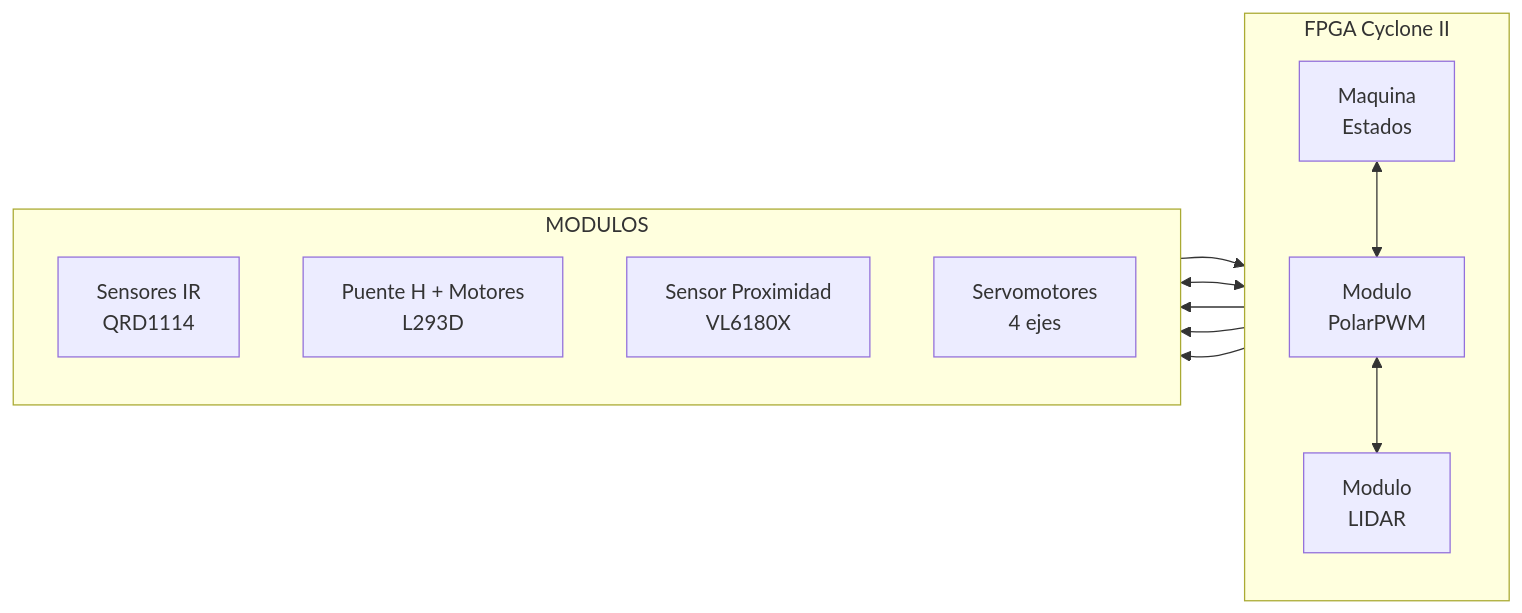
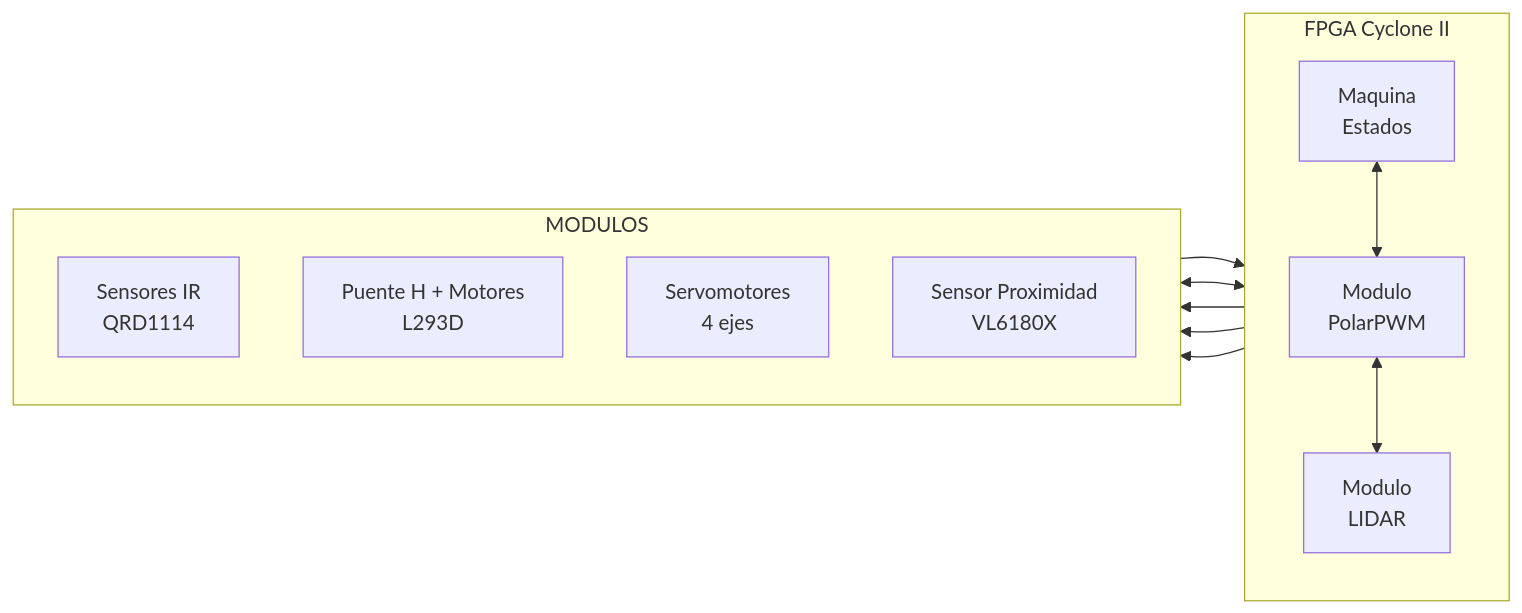
Before and after one commit to Actronix09/SeguidorLinea_Brazo: the first of 2 diagrams in README.md, drawn with Mermaid. The commit also changed other lines of this file, not shown here.

````diff
--- a/README.md
+++ b/README.md
@@ -82,30 +82,30 @@
 ```mermaid
 flowchart LR
 
     subgraph FPGA["FPGA Cyclone II"]
         direction TB
 
         SM["Maquina<br/>Estados"]
         PWM["Modulo<br/>PolarPWM"]
         LIDAR["Modulo<br/>LIDAR"]
 
         SM <--> PWM
         PWM <--> LIDAR
     end
 
     subgraph MODULOS
         direction TB
 
         IR["Sensores IR<br/>QRD1114"]
         HBRIDGE["Puente H + Motores<br/>L293D"]
+        SERVO["Servomotores<br/>4 ejes"]
         PROX["Sensor Proximidad<br/>VL6180X"]
-        SERVO["Servomotores<br/>4 ejes"]
     end
 
     IR --> SM
     SM --> HBRIDGE
 
     PROX <--> LIDAR
     PWM --> SERVO
     LIDAR --> SERVO
 ```
````
